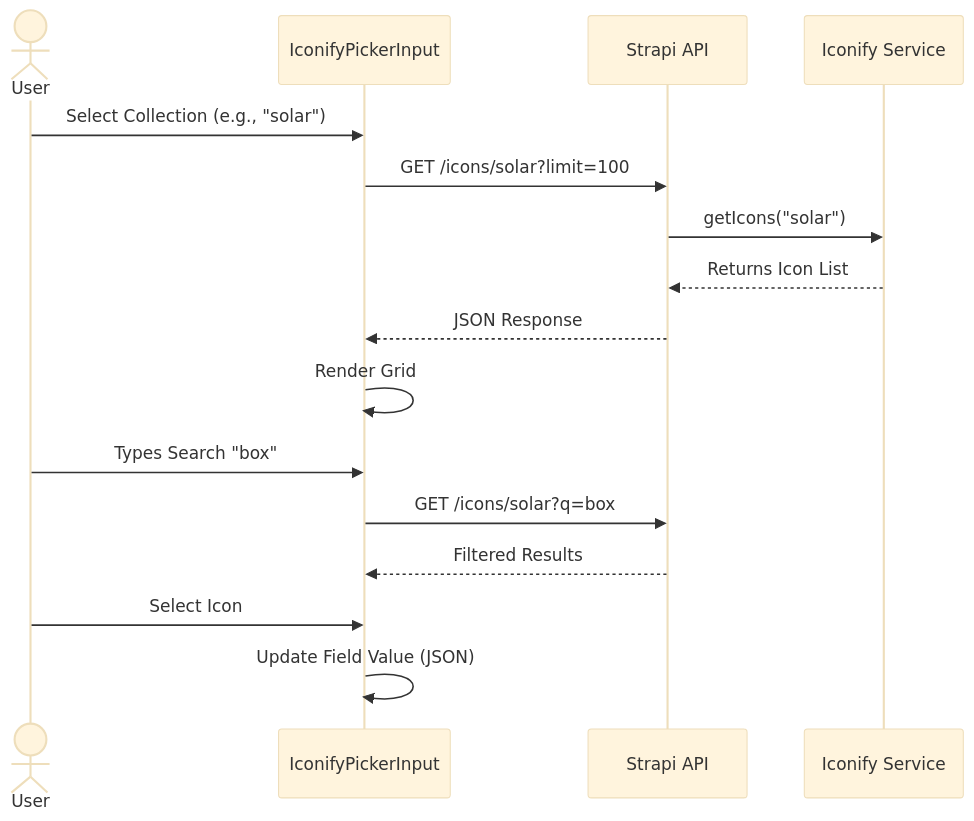
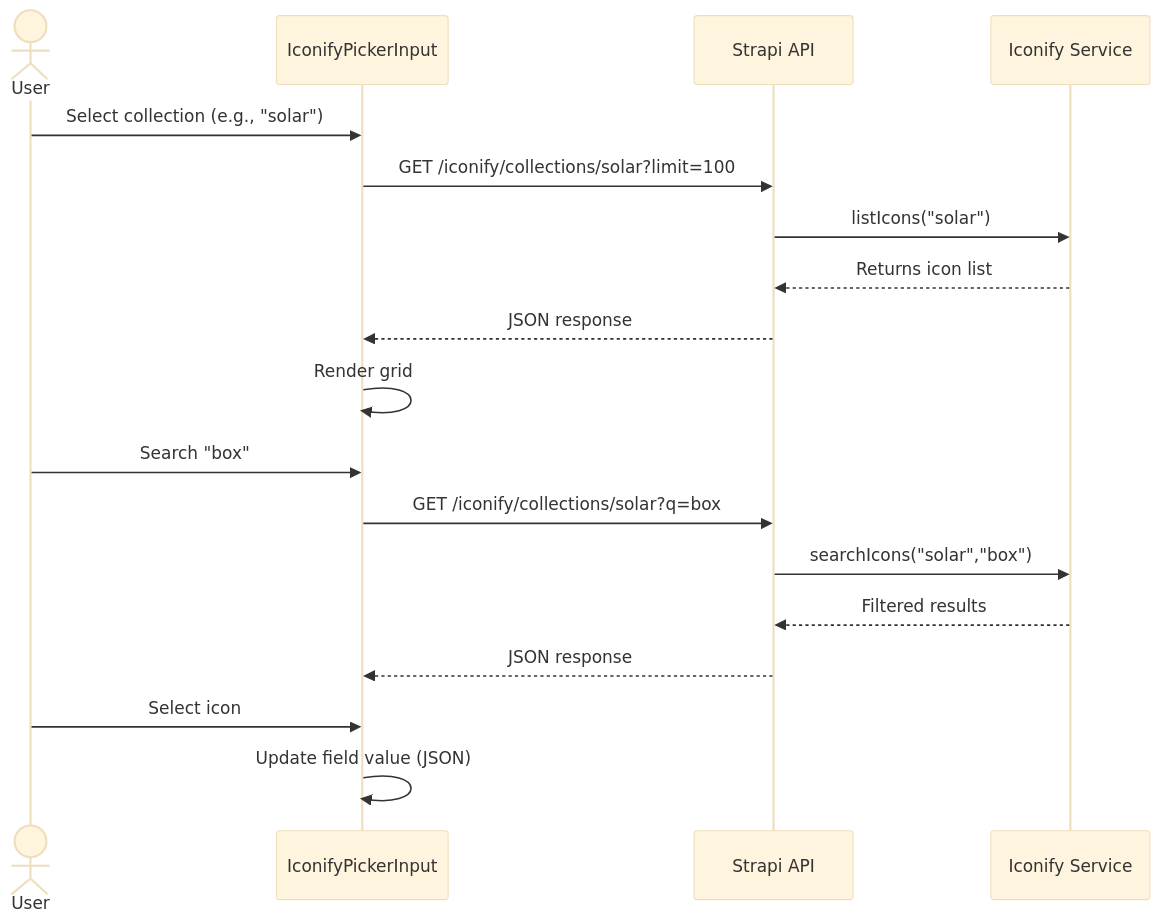
Before and after one commit to Sunny-Pirate/strapi-plugin-iconify-picker: the second of 4 diagrams in docs/modules/ROOT/pages/iconify-picker.adoc, drawn with Mermaid (base theme). The commit also changed other lines of this file and 1 other file, not shown here.

```diff
--- a/docs/modules/ROOT/pages/iconify-picker.adoc
+++ b/docs/modules/ROOT/pages/iconify-picker.adoc
@@ -58,20 +67,24 @@
 [mermaid]
 ----
 sequenceDiagram
     actor User
     participant Frontend as IconifyPickerInput
     participant API as Strapi API
     participant Service as Iconify Service
 
-    User->>Frontend: Select Collection (e.g., "solar")
-    Frontend->>API: GET /icons/solar?limit=100
-    API->>Service: getIcons("solar")
-    Service-->>API: Returns Icon List
-    API-->>Frontend: JSON Response
-    Frontend->>Frontend: Render Grid
-    User->>Frontend: Types Search "box"
-    Frontend->>API: GET /icons/solar?q=box
-    API-->>Frontend: Filtered Results
-    User->>Frontend: Select Icon
-    Frontend->>Frontend: Update Field Value (JSON)
+    User->>Frontend: Select collection (e.g., "solar")
+    Frontend->>API: GET /iconify/collections/solar?limit=100
+    API->>Service: listIcons("solar")
+    Service-->>API: Returns icon list
+    API-->>Frontend: JSON response
+    Frontend->>Frontend: Render grid
+
+    User->>Frontend: Search "box"
+    Frontend->>API: GET /iconify/collections/solar?q=box
+    API->>Service: searchIcons("solar","box")
+    Service-->>API: Filtered results
+    API-->>Frontend: JSON response
+
+    User->>Frontend: Select icon
+    Frontend->>Frontend: Update field value (JSON)
 ----
```
